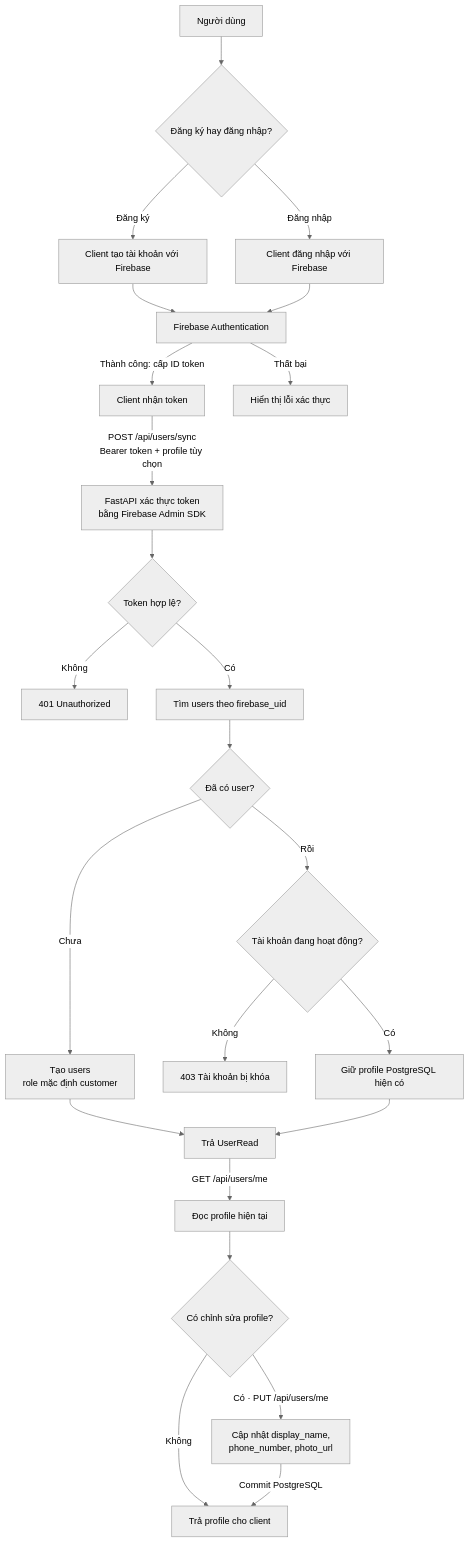
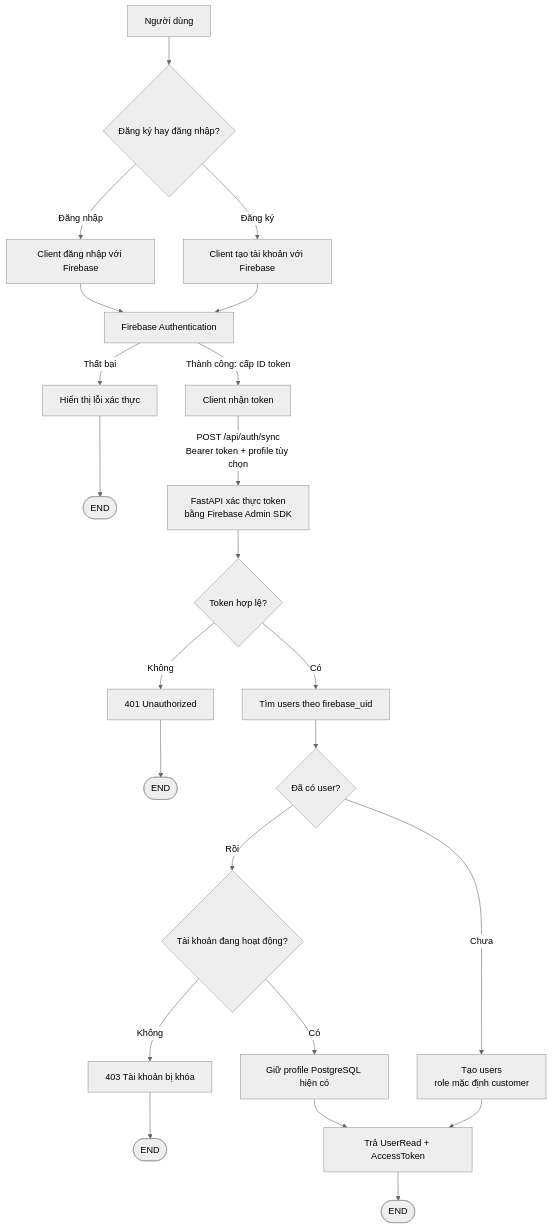
One commit to quyennv1912ptit/web_ban_hang_backend changed the third of 6 diagrams in README.md. Above: the diagram before and after it, drawn with Mermaid (neutral theme). The commit also changed other lines of this file and 5 other files, not shown here.

Commit message:
sửa lỗi luồng indexing

````diff
--- a/README.md
+++ b/README.md
@@ -287,26 +289,22 @@
 ```mermaid
 flowchart TD
     User["Người dùng"] --> Choice{"Đăng ký hay đăng nhập?"}
     Choice -->|Đăng ký| SignUp["Client tạo tài khoản với Firebase"]
     Choice -->|Đăng nhập| SignIn["Client đăng nhập với Firebase"]
     SignUp --> Auth["Firebase Authentication"]
     SignIn --> Auth
+    Auth -->|Thất bại| AuthError["Hiển thị lỗi xác thực"] --> END1(["END"])
     Auth -->|Thành công: cấp ID token| Client["Client nhận token"]
-    Auth -->|Thất bại| AuthError["Hiển thị lỗi xác thực"]
-    Client -->|POST /api/users/sync<br/>Bearer token + profile tùy chọn| Sync["FastAPI xác thực token<br/>bằng Firebase Admin SDK"]
+    Client -->|"POST /api/auth/sync<br/>Bearer token + profile tùy chọn"| Sync["FastAPI xác thực token<br/>bằng Firebase Admin SDK"]
     Sync --> Valid{"Token hợp lệ?"}
-    Valid -->|Không| Unauthorized["401 Unauthorized"]
+    Valid -->|Không| Unauthorized["401 Unauthorized"] --> END2(["END"])
     Valid -->|Có| Lookup["Tìm users theo firebase_uid"]
     Lookup --> Exists{"Đã có user?"}
     Exists -->|Chưa| Create["Tạo users<br/>role mặc định customer"]
     Exists -->|Rồi| Active{"Tài khoản đang hoạt động?"}
-    Active -->|Không| Forbidden["403 Tài khoản bị khóa"]
+    Active -->|Không| Forbidden["403 Tài khoản bị khóa"] --> END3(["END"])
     Active -->|Có| Existing["Giữ profile PostgreSQL hiện có"]
-    Create --> Synced["Trả UserRead"]
+    Create --> Synced["Trả UserRead + AccessToken"]
     Existing --> Synced
-    Synced -->|GET /api/users/me| GetProfile["Đọc profile hiện tại"]
-    GetProfile --> Edit{"Có chỉnh sửa profile?"}
-    Edit -->|Không| Response["Trả profile cho client"]
-    Edit -->|Có · PUT /api/users/me| UpdateProfile["Cập nhật display_name,<br/>phone_number, photo_url"]
-    UpdateProfile -->|Commit PostgreSQL| Response
+    Synced --> END4(["END"])
 ```
````
